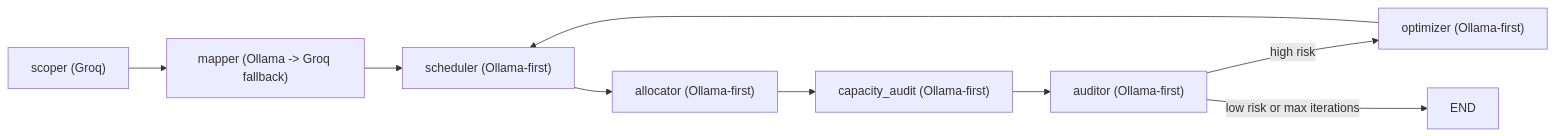
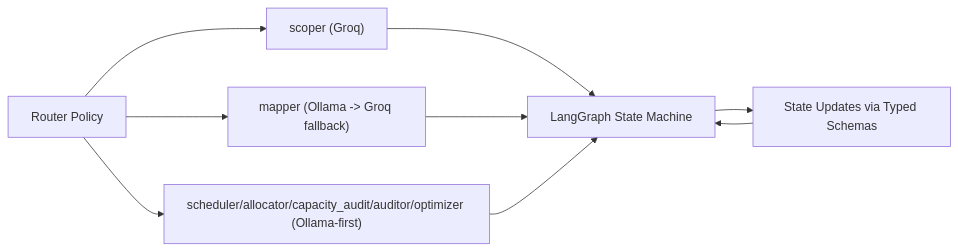
The diagram in llm-router-agent/README.md (keithtgrehan/ablereport-diagnostic-router), drawn with Mermaid before and after one commit. The commit also changed other lines of this file and 16 other files, not shown here.

Commit message:
Update router/nodes/graph and docs

````diff
--- a/llm-router-agent/README.md
+++ b/llm-router-agent/README.md
@@ -63,11 +74,11 @@
 ```mermaid
 flowchart LR
-    A["scoper (Groq)"] --> B["mapper (Ollama -> Groq fallback)"]
-    B --> C["scheduler (Ollama-first)"]
-    C --> D["allocator (Ollama-first)"]
-    D --> E["capacity_audit (Ollama-first)"]
-    E --> F["auditor (Ollama-first)"]
-    F -->|high risk| G["optimizer (Ollama-first)"]
-    G --> C
-    F -->|low risk or max iterations| H["END"]
+    A["Router Policy"] --> B["scoper (Groq)"]
+    A --> C["mapper (Ollama -> Groq fallback)"]
+    A --> D["scheduler/allocator/capacity_audit/auditor/optimizer (Ollama-first)"]
+    B --> E["LangGraph State Machine"]
+    C --> E
+    D --> E
+    E --> F["State Updates via Typed Schemas"]
+    F --> E
 ```
````
